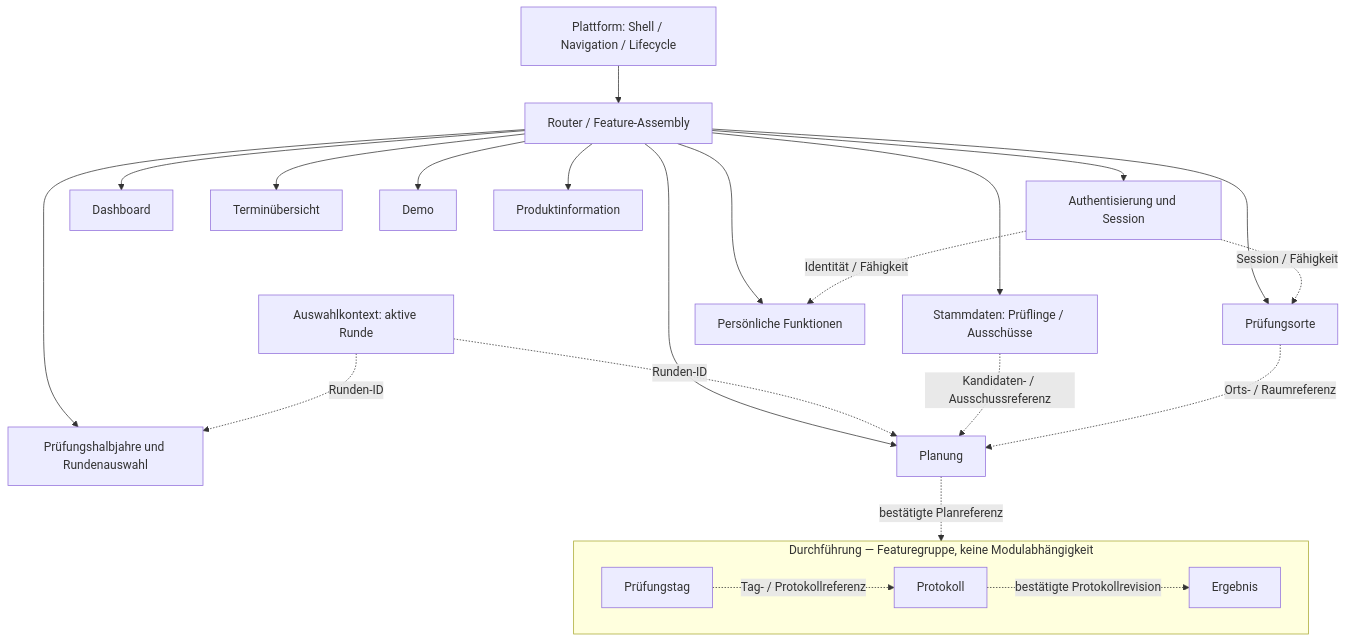
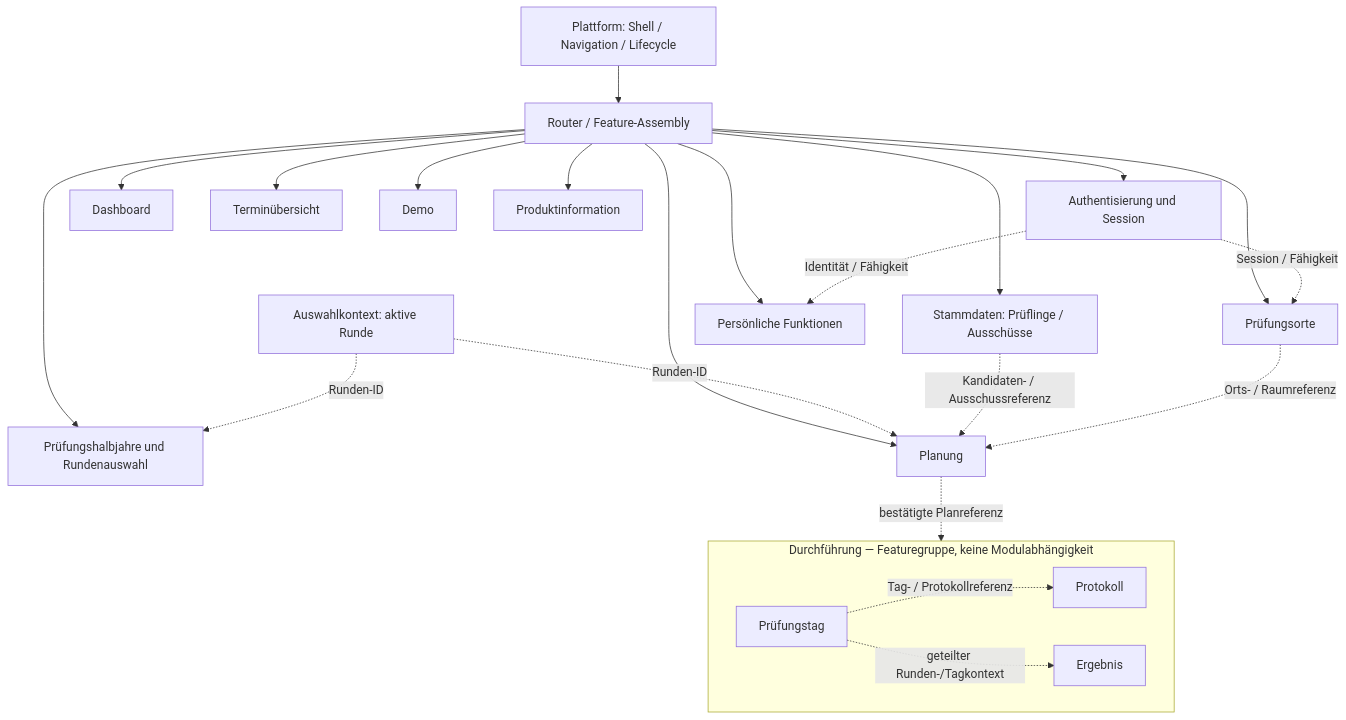
The first of 4 diagrams in docs/developers/frontend-architecture-contract.md (lxndrp/lzug), drawn with Mermaid before and after one commit. The commit also changed other lines of this file and 1 other file, not shown here.

````diff
--- a/docs/developers/frontend-architecture-contract.md
+++ b/docs/developers/frontend-architecture-contract.md
@@ -40,42 +42,42 @@
 ```mermaid
 flowchart TB
   Platform[Plattform: Shell / Navigation / Lifecycle]
   Auth[Authentisierung und Session]
   Selection[Auswahlkontext: aktive Runde]
   Dashboard[Dashboard]
   Overview[Terminübersicht]
   Master[Stammdaten: Prüflinge / Ausschüsse]
   HalfYears[Prüfungshalbjahre und Rundenauswahl]
   Locations[Prüfungsorte]
   Planning[Planung]
   subgraph Execution["Durchführung — Featuregruppe, keine Modulabhängigkeit"]
     direction LR
     Day[Prüfungstag]
     Protocol[Protokoll]
     Result[Ergebnis]
   end
   Personal[Persönliche Funktionen]
   Demo[Demo]
   Product[Produktinformation]
   Router[Router / Feature-Assembly]
   Platform --> Router
   Router --> Auth
   Router --> Dashboard
   Router --> Overview
   Router --> Master
   Router --> HalfYears
   Router --> Locations
   Router --> Planning
   Router --> Personal
   Router --> Demo
   Router --> Product
   Auth -. Identität / Fähigkeit .-> Personal
   Auth -. Session / Fähigkeit .-> Locations
   Selection -. Runden-ID .-> Planning
   Selection -. Runden-ID .-> HalfYears
   Master -. Kandidaten- / Ausschussreferenz .-> Planning
   Locations -. Orts- / Raumreferenz .-> Planning
   Planning -. bestätigte Planreferenz .-> Day
   Day -. Tag- / Protokollreferenz .-> Protocol
-  Protocol -. bestätigte Protokollrevision .-> Result
+  Day -. geteilter Runden-/Tagkontext .-> Result
 ```
````
